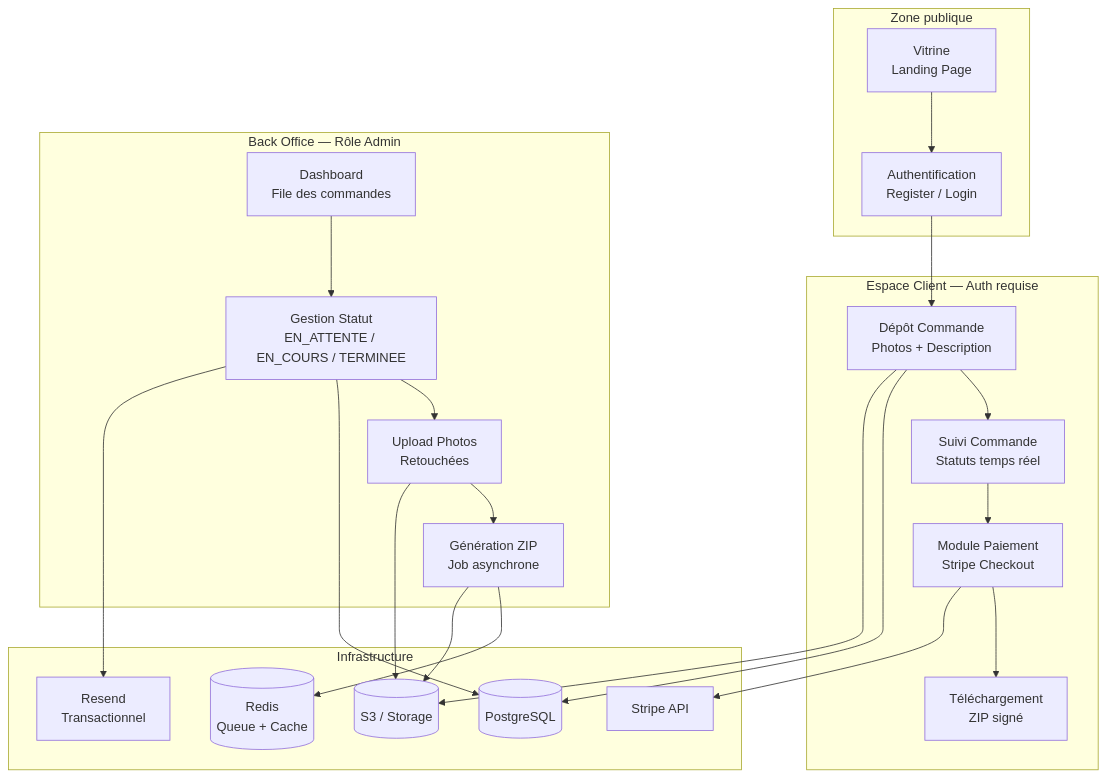
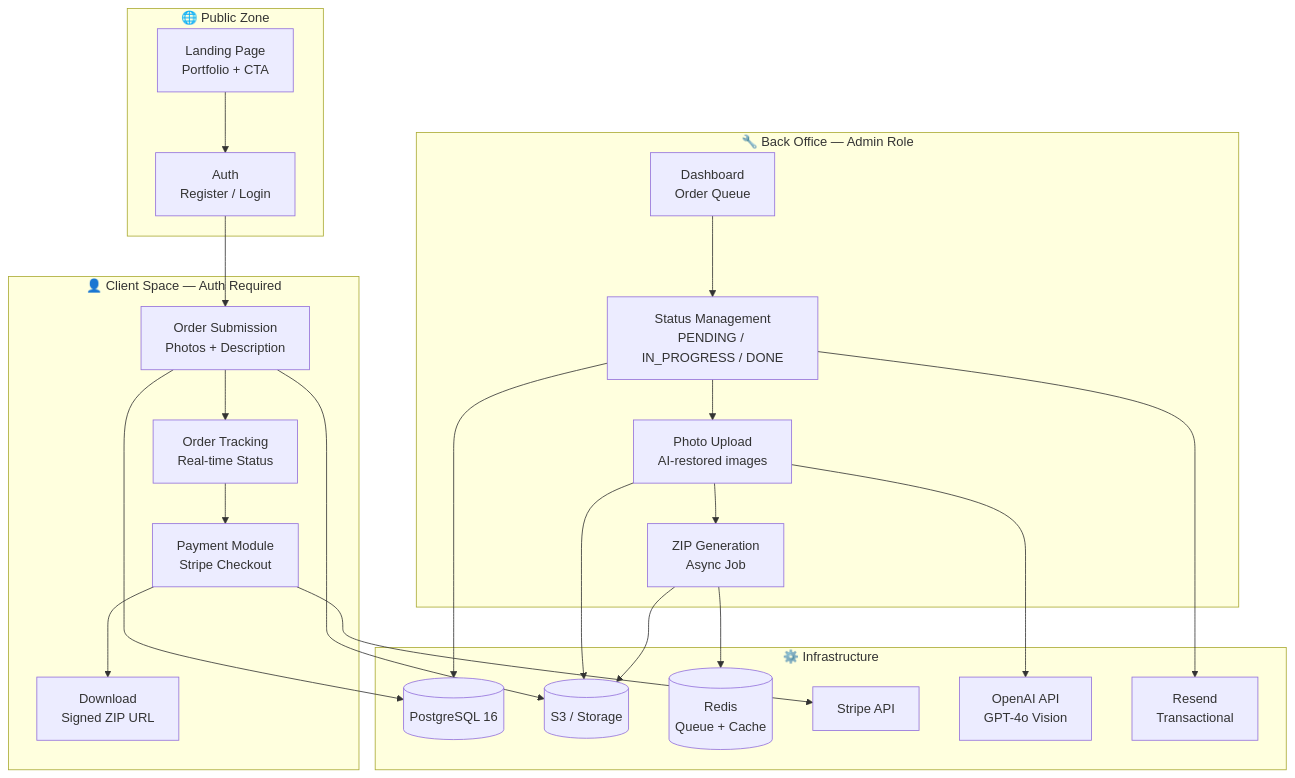
The first of 2 diagrams in README.md (zyrass/OmnyRestore), drawn with Mermaid before and after one commit. The commit also changed other lines of this file and 5 other files, not shown here.

First line of the commit message:
docs: add GitHub templates, README and architecture documentation

````diff
--- a/README.md
+++ b/README.md
@@ -61,47 +54,43 @@
 ```mermaid
 graph TB
-    subgraph PUBLIC["Zone publique"]
-        V[Vitrine<br/>Landing Page]
-        AUTH[Authentification<br/>Register / Login]
+    subgraph PUBLIC["🌐 Public Zone"]
+        V[Landing Page<br/>Portfolio + CTA]
+        AUTH[Auth<br/>Register / Login]
     end
 
-    subgraph CLIENT["Espace Client — Auth requise"]
-        DC[Dépôt Commande<br/>Photos + Description]
-        SUIVI[Suivi Commande<br/>Statuts temps réel]
-        PAY[Module Paiement<br/>Stripe Checkout]
-        DL[Téléchargement<br/>ZIP signé]
+    subgraph CLIENT["👤 Client Space — Auth Required"]
+        DC[Order Submission<br/>Photos + Description]
+        SUIVI[Order Tracking<br/>Real-time Status]
+        PAY[Payment Module<br/>Stripe Checkout]
+        DL[Download<br/>Signed ZIP URL]
     end
 
-    subgraph ADMIN["Back Office — Rôle Admin"]
-        DASH[Dashboard<br/>File des commandes]
-        GES[Gestion Statut<br/>EN_ATTENTE / EN_COURS / TERMINEE]
-        UPLOAD[Upload Photos<br/>Retouchées]
-        ZIP_GEN[Génération ZIP<br/>Job asynchrone]
+    subgraph ADMIN["🔧 Back Office — Admin Role"]
+        DASH[Dashboard<br/>Order Queue]
+        GES[Status Management<br/>PENDING / IN_PROGRESS / DONE]
+        UPLOAD[Photo Upload<br/>AI-restored images]
+        ZIP_GEN[ZIP Generation<br/>Async Job]
     end
 
-    subgraph INFRA["Infrastructure"]
-        DB[(PostgreSQL)]
+    subgraph INFRA["⚙️ Infrastructure"]
+        DB[(PostgreSQL 16)]
         S3[(S3 / Storage)]
         REDIS[(Redis<br/>Queue + Cache)]
         STRIPE_API[Stripe API]
-        MAIL[Resend<br/>Transactionnel]
+        AI[OpenAI API<br/>GPT-4o Vision]
+        MAIL[Resend<br/>Transactional]
     end
 
-    V --> AUTH
-    AUTH --> DC
-    DC --> SUIVI
-    SUIVI --> PAY
-    PAY --> DL
-    DASH --> GES
-    GES --> UPLOAD
-    UPLOAD --> ZIP_GEN
+    V --> AUTH --> DC --> SUIVI --> PAY --> DL
+    DASH --> GES --> UPLOAD --> ZIP_GEN
 
     DC --> DB
     DC --> S3
     GES --> DB
     UPLOAD --> S3
     ZIP_GEN --> REDIS
     PAY --> STRIPE_API
+    UPLOAD --> AI
     GES --> MAIL
     ZIP_GEN --> S3
 ```
````
